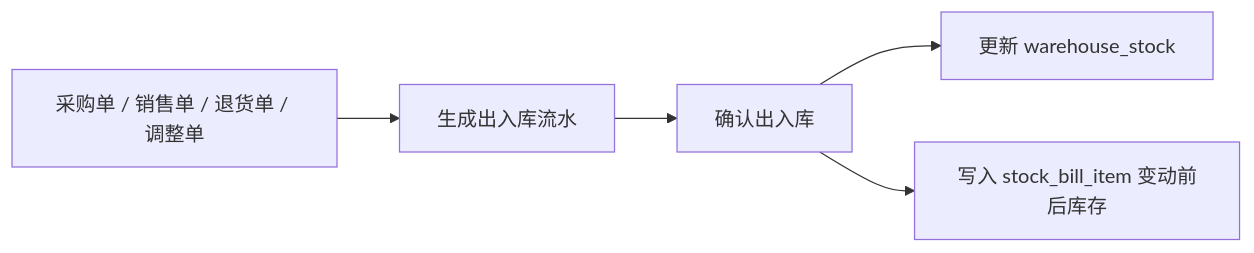
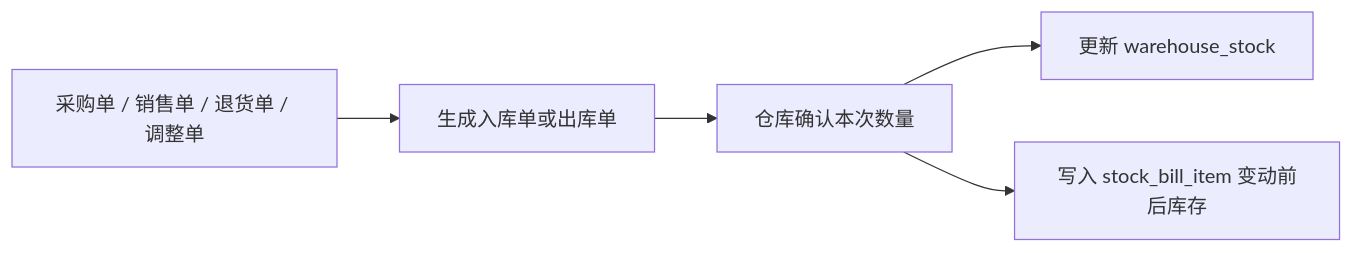
The first of 3 diagrams in docs/erp-core-architecture-thinking.md (LI-S-H/qiheng-erp), drawn with Mermaid before and after one commit. The commit also changed other lines of this file and 74 other files, not shown here.

````diff
--- a/docs/erp-core-architecture-thinking.md
+++ b/docs/erp-core-architecture-thinking.md
@@ -123,7 +123,7 @@
 ```mermaid
 flowchart LR
-    A["采购单 / 销售单 / 退货单 / 调整单"] --> B["生成出入库流水"]
-    B --> C["确认出入库"]
+    A["采购单 / 销售单 / 退货单 / 调整单"] --> B["生成入库单或出库单"]
+    B --> C["仓库确认本次数量"]
     C --> D["更新 warehouse_stock"]
     C --> E["写入 stock_bill_item 变动前后库存"]
 ```
````
